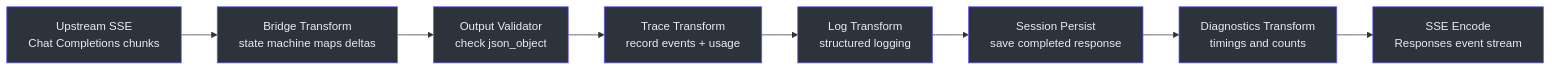
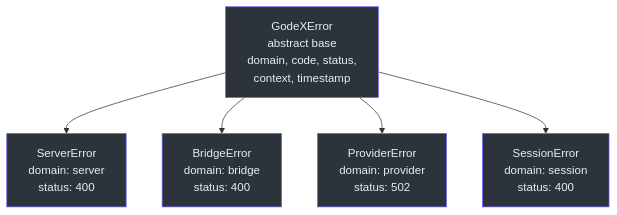
Before and after one commit to zamelee/GodeX: the second of 2 diagrams in wiki/onboarding/contributor-guide.md, drawn with Mermaid. The commit also changed other lines of this file and 120 other files, not shown here.

Commit message:
docs: comprehensive VitePress wiki with dark theme, EN/ZH sync, and Mermaid fixes (#118)

````diff
--- a/wiki/onboarding/contributor-guide.md
+++ b/wiki/onboarding/contributor-guide.md
@@ -247,19 +375,19 @@
 ```mermaid
-graph LR
-  Upstream["Upstream SSE<br>Chat Completions chunks"] --> Bridge["Bridge Transform<br>state machine maps deltas"]
-  Bridge --> Validate["Output Validator<br>check json_object"]
-  Validate --> Trace["Trace Transform<br>record events + usage"]
-  Trace --> Log["Log Transform<br>structured logging"]
-  Log --> Persist["Session Persist<br>save completed response"]
-  Persist --> Diag["Diagnostics Transform<br>timings and counts"]
-  Diag --> SSE["SSE Encode<br>Responses event stream"]
+graph TB
+  GodeXErr["GodeXError<br>abstract base<br>domain, code, status,<br>context, timestamp"]
+  ServerErr["ServerError<br>domain: server<br>status: 400"]
+  BridgeErr["BridgeError<br>domain: bridge<br>status: 400"]
+  ProviderErr["ProviderError<br>domain: provider<br>status: 502"]
+  SessionErr["SessionError<br>domain: session<br>status: 400"]
 
-  style Upstream fill:#2d333b,stroke:#6d5dfc,color:#e6edf3
-  style Bridge fill:#2d333b,stroke:#6d5dfc,color:#e6edf3
-  style Validate fill:#2d333b,stroke:#6d5dfc,color:#e6edf3
-  style Trace fill:#2d333b,stroke:#6d5dfc,color:#e6edf3
-  style Log fill:#2d333b,stroke:#6d5dfc,color:#e6edf3
-  style Persist fill:#2d333b,stroke:#6d5dfc,color:#e6edf3
-  style Diag fill:#2d333b,stroke:#6d5dfc,color:#e6edf3
-  style SSE fill:#2d333b,stroke:#6d5dfc,color:#e6edf3
+  GodeXErr --> ServerErr
+  GodeXErr --> BridgeErr
+  GodeXErr --> ProviderErr
+  GodeXErr --> SessionErr
+
+  style GodeXErr fill:#2d333b,stroke:#6d5dfc,color:#e6edf3
+  style ServerErr fill:#2d333b,stroke:#6d5dfc,color:#e6edf3
+  style BridgeErr fill:#2d333b,stroke:#6d5dfc,color:#e6edf3
+  style ProviderErr fill:#2d333b,stroke:#6d5dfc,color:#e6edf3
+  style SessionErr fill:#2d333b,stroke:#6d5dfc,color:#e6edf3
 ```
````
